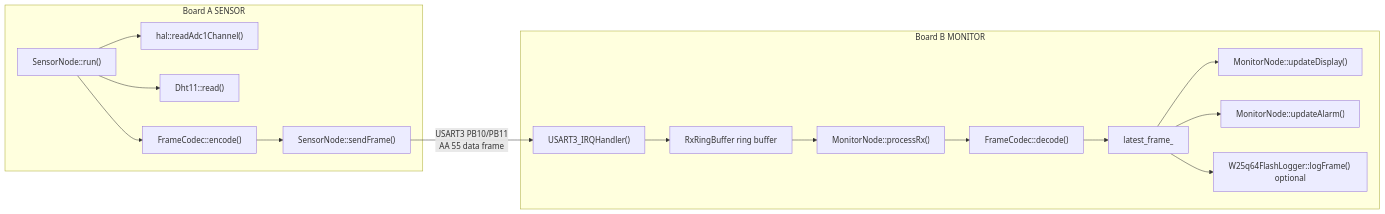
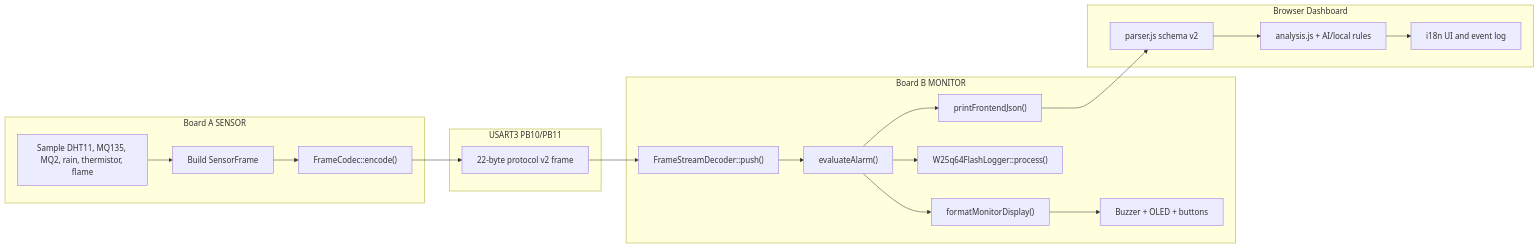
One commit to Cusnd/dual-stm32-safety-monitor changed the first of 2 diagrams in docs/FUNCTION_DESIGN_WALKTHROUGH.en.md. Above: the diagram before and after it, drawn with Mermaid. The commit also changed other lines of this file and 63 other files, not shown here.

Commit message:
Update backend architecture docs and firmware modules

````diff
--- a/docs/FUNCTION_DESIGN_WALKTHROUGH.en.md
+++ b/docs/FUNCTION_DESIGN_WALKTHROUGH.en.md
@@ -16,21 +9,32 @@
 ```mermaid
 flowchart LR
-  subgraph "Board A SENSOR"
-    A1["SensorNode::run()"] --> A2["hal::readAdc1Channel()"]
-    A1 --> A3["Dht11::read()"]
-    A1 --> A4["FrameCodec::encode()"]
-    A4 --> A5["SensorNode::sendFrame()"]
+  subgraph A["Board A SENSOR"]
+    S1["Sample DHT11, MQ135, MQ2, rain, thermistor, flame"]
+    S2["Build SensorFrame"]
+    S3["FrameCodec::encode()"]
   end
 
-  A5 -- "USART3 PB10/PB11\nAA 55 data frame" --> B1
+  subgraph Link["USART3 PB10/PB11"]
+    L1["22-byte protocol v2 frame"]
+  end
 
-  subgraph "Board B MONITOR"
-    B1["USART3_IRQHandler()"] --> B2["RxRingBuffer ring buffer"]
-    B2 --> B3["MonitorNode::processRx()"]
-    B3 --> B4["FrameCodec::decode()"]
-    B4 --> B5["latest_frame_"]
-    B5 --> B6["MonitorNode::updateDisplay()"]
-    B5 --> B7["MonitorNode::updateAlarm()"]
-    B5 --> B8["W25q64FlashLogger::logFrame() optional"]
+  subgraph B["Board B MONITOR"]
+    M1["FrameStreamDecoder::push()"]
+    M2["evaluateAlarm()"]
+    M3["formatMonitorDisplay()"]
+    M4["Buzzer + OLED + buttons"]
+    M5["W25q64FlashLogger::process()"]
+    M6["printFrontendJson()"]
   end
+
+  subgraph Web["Browser Dashboard"]
+    W1["parser.js schema v2"]
+    W2["analysis.js + AI/local rules"]
+    W3["i18n UI and event log"]
+  end
+
+  S1 --> S2 --> S3 --> L1 --> M1 --> M2
+  M2 --> M3 --> M4
+  M2 --> M5
+  M2 --> M6 --> W1 --> W2 --> W3
 ```
````
